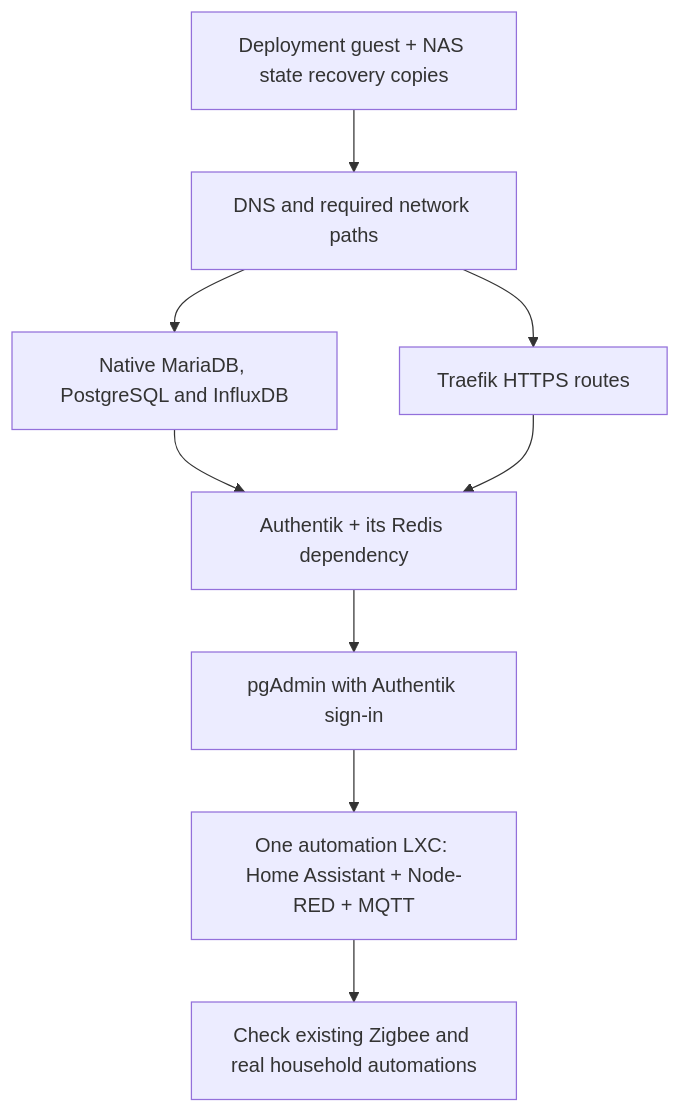
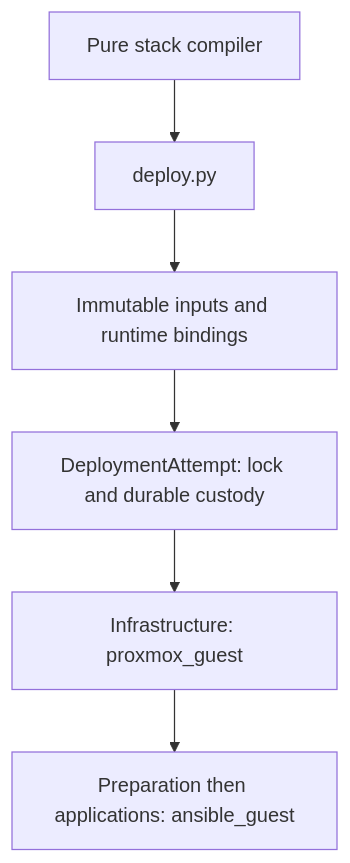
Before and after one commit to theaussiepom/homelab: the diagram in proxmox/applications/README.md, drawn with Mermaid. The commit also changed other lines of this file and 459 other files, not shown here.

````diff
--- a/proxmox/applications/README.md
+++ b/proxmox/applications/README.md
@@ -37,11 +38,8 @@
 ```mermaid
 flowchart TD
-  A[Deployment guest + NAS state recovery copies] --> B[DNS and required network paths]
-  B --> C[Native MariaDB, PostgreSQL and InfluxDB]
-  B --> E[Traefik HTTPS routes]
-  C --> D[Authentik + its Redis dependency]
-  E --> D
-  D --> P[pgAdmin with Authentik sign-in]
-  P --> F[One automation LXC: Home Assistant + Node-RED + MQTT]
-  F --> G[Check existing Zigbee and real household automations]
+  C[Pure stack compiler] --> D[deploy.py]
+  D --> I[Immutable inputs and runtime bindings]
+  I --> S[DeploymentAttempt: lock and durable custody]
+  S --> P[Infrastructure: proxmox_guest]
+  P --> A[Preparation then applications: ansible_guest]
 ```
````
